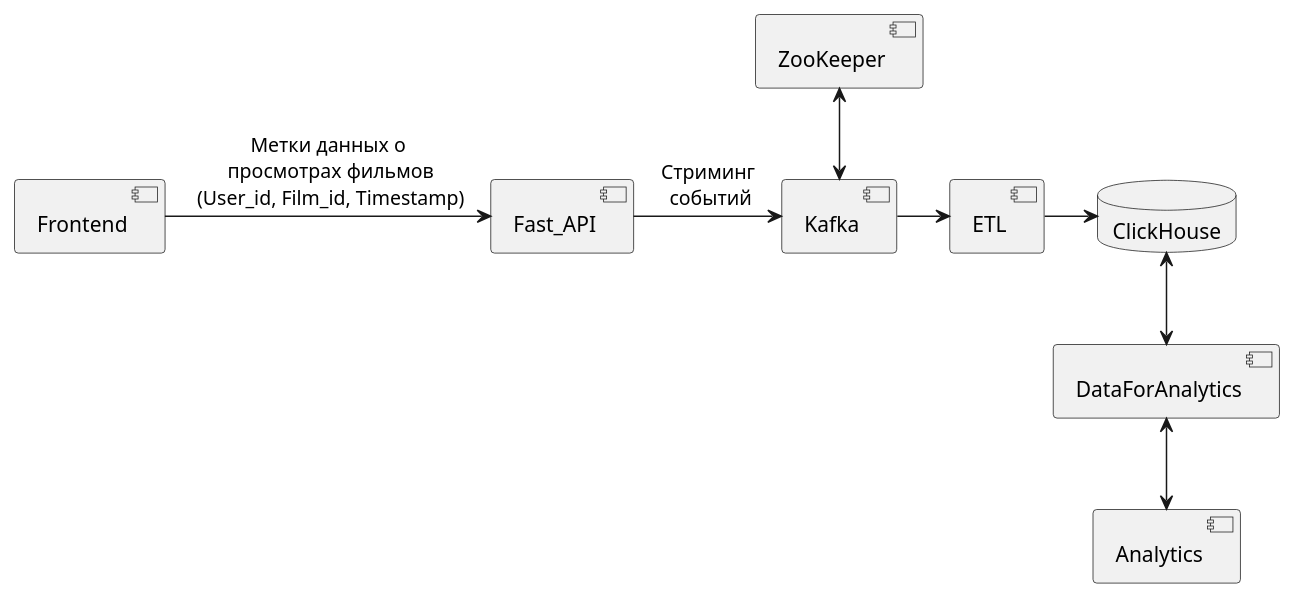
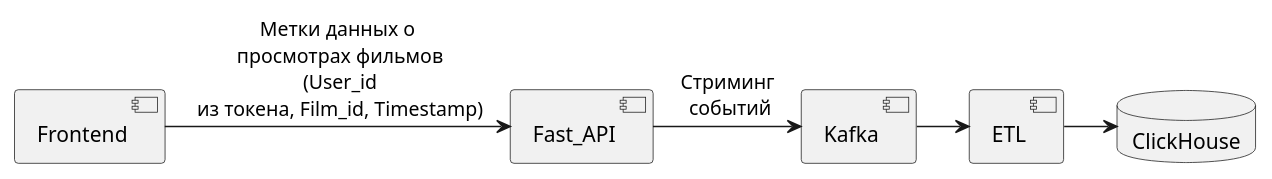
The diagram in plantUML.puml (lazgut/ugc_sprint_1), drawn with PlantUML before and after one commit. The commit also changed 1 other file, not shown here.

Commit message:
Added scheme plantUML

```diff
--- a/plantUML.puml
+++ b/plantUML.puml
@@ -1,19 +1,13 @@
 @startuml
 skinparam componentStyle uml2
 component Frontend
 component Fast_API
 component Kafka
-component ZooKeeper
 database ClickHouse
 component ETL
-component Analytics
-component DataForAnalytics
 
-Frontend -> Fast_API: Метки данных о\n просмотрах фильмов\n (User_id, Film_id, Timestamp)
+Frontend -> Fast_API: Метки данных о\n просмотрах фильмов\n (User_id\n из токена, Film_id, Timestamp)
 Fast_API -> Kafka: Стриминг\n событий
-Kafka <-up->ZooKeeper
 Kafka -> ETL
 ETL -> ClickHouse
-ClickHouse <-down->DataForAnalytics
-DataForAnalytics <-down-> Analytics
 @enduml
```
